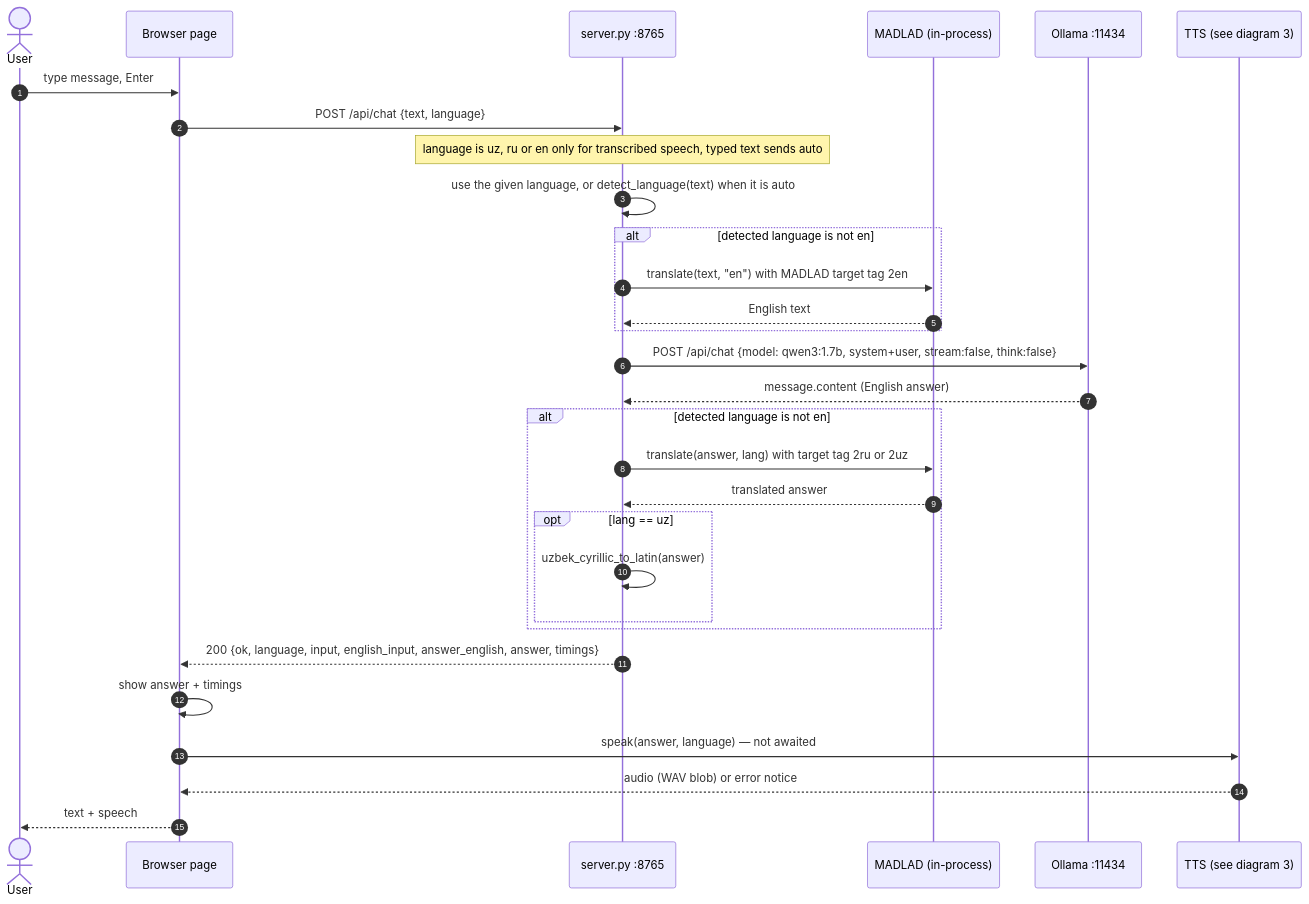
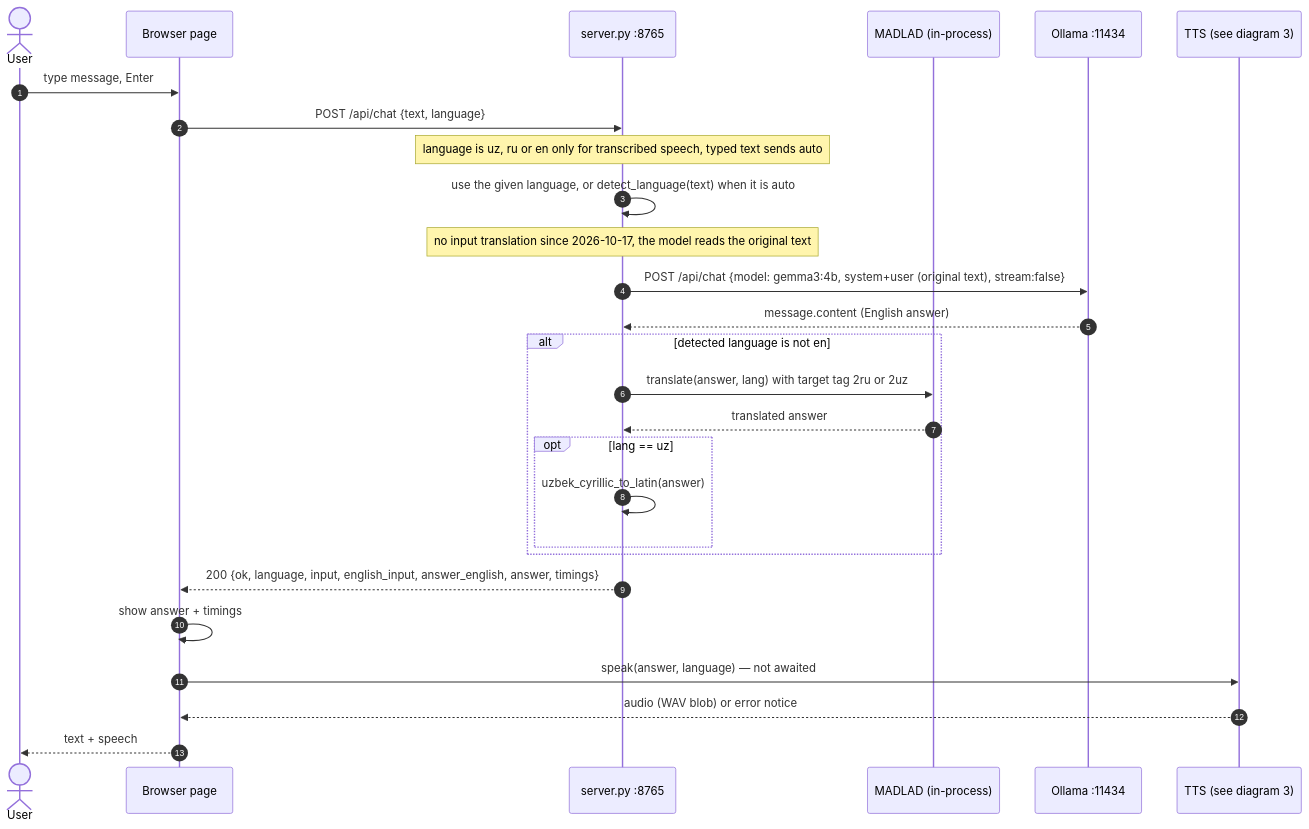
The second of 4 diagrams in docs/ARCHITECTURE.md (FirdavsNurmatov/local-ai-voice-assistant), drawn with Mermaid before and after one commit. The commit also changed other lines of this file and 18 other files, not shown here.

First line of the commit message:
Use gemma3:4b with the hybrid chat pipeline; offer only local voices

````diff
--- a/docs/ARCHITECTURE.md
+++ b/docs/ARCHITECTURE.md
@@ -64,33 +62,30 @@
 ```mermaid
 sequenceDiagram
     autonumber
     actor User
     participant UI as Browser page
     participant S as server.py :8765
     participant M as MADLAD (in-process)
     participant O as Ollama :11434
     participant T as TTS (see diagram 3)
 
     User->>UI: type message, Enter
     UI->>S: POST /api/chat {text, language}
     Note over S: language is uz, ru or en only for transcribed speech, typed text sends auto
     S->>S: use the given language, or detect_language(text) when it is auto
-    alt detected language is not en
-        S->>M: translate(text, "en") with MADLAD target tag 2en
-        M-->>S: English text
-    end
-    S->>O: POST /api/chat {model: qwen3:1.7b, system+user, stream:false, think:false}
+    Note over S: no input translation since 2026-10-17, the model reads the original text
+    S->>O: POST /api/chat {model: gemma3:4b, system+user (original text), stream:false}
     O-->>S: message.content (English answer)
     alt detected language is not en
         S->>M: translate(answer, lang) with target tag 2ru or 2uz
         M-->>S: translated answer
         opt lang == uz
             S->>S: uzbek_cyrillic_to_latin(answer)
         end
     end
     S-->>UI: 200 {ok, language, input, english_input, answer_english, answer, timings}
     UI->>UI: show answer + timings
     UI->>T: speak(answer, language)  — not awaited
     T-->>UI: audio (WAV blob) or error notice
     UI-->>User: text + speech
 ```
````
